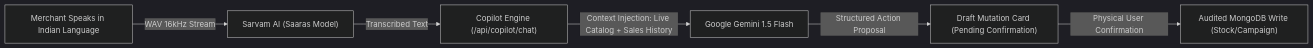
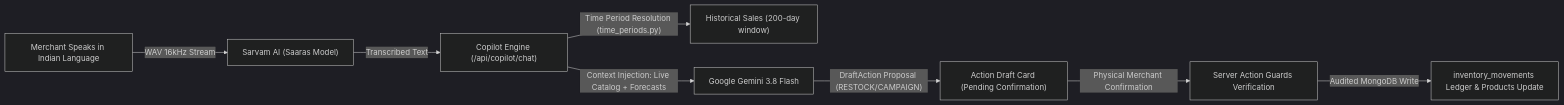
One commit to SriCharan9876/LocalPulse changed the fourth of 4 diagrams in README.md. Above: the diagram before and after it, drawn with Mermaid (dark theme). The commit also changed other lines of this file, not shown here.

````diff
--- a/README.md
+++ b/README.md
@@ -355,8 +481,10 @@
 ```mermaid
 graph LR
     A["Merchant Speaks in Indian Language"] -->|"WAV 16kHz Stream"| B["Sarvam AI (Saaras Model)"]
     B -->|"Transcribed Text"| C["Copilot Engine (/api/copilot/chat)"]
-    C -->|"Context Injection: Live Catalog + Sales History"| D["Google Gemini 1.5 Flash"]
-    D -->|"Structured Action Proposal"| E["Draft Mutation Card (Pending Confirmation)"]
-    E -->|"Physical User Confirmation"| F["Audited MongoDB Write (Stock/Campaign)"]
+    C -->|"Time Period Resolution (time_periods.py)"| D["Historical Sales (200-day window)"]
+    C -->|"Context Injection: Live Catalog + Forecasts"| E["Google Gemini 3.8 Flash"]
+    E -->|"DraftAction Proposal (RESTOCK/CAMPAIGN)"| F["Action Draft Card (Pending Confirmation)"]
+    F -->|"Physical Merchant Confirmation"| G["Server Action Guards Verification"]
+    G -->|"Audited MongoDB Write"| H["inventory_movements Ledger & Products Update"]
 ```
````
